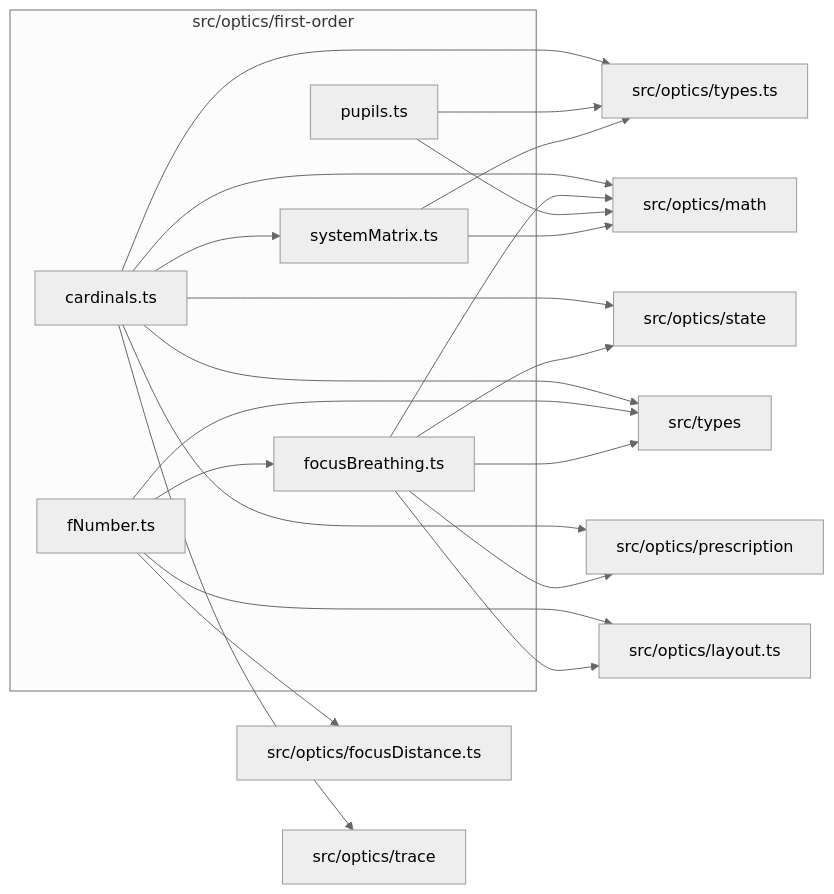
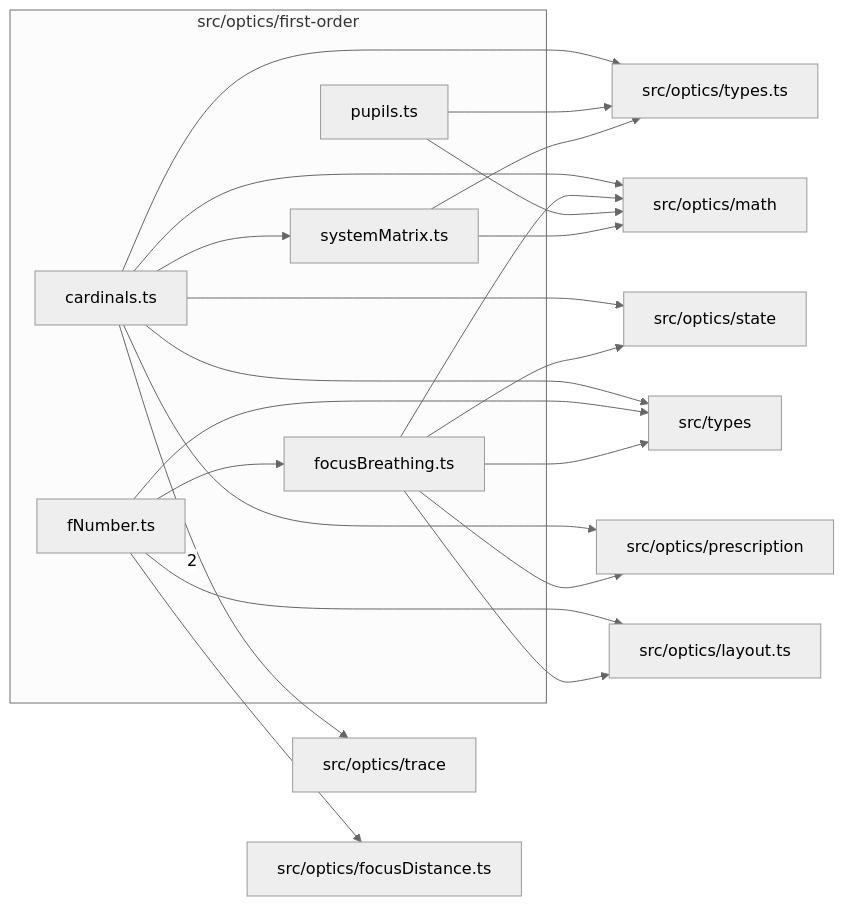
Before and after one commit to ronbuening/LensVisualizer: the diagram in src/optics/first-order/readme.md, drawn with Mermaid (neutral theme). The commit also changed other lines of this file and 30 other files, not shown here.

````diff
--- a/src/optics/first-order/readme.md
+++ b/src/optics/first-order/readme.md
@@ -9,38 +9,38 @@
 ```mermaid
 flowchart LR
   subgraph n_src_optics_first_order["src/optics/first-order"]
     n_src_optics_first_order_src_optics_first_order_cardinals_ts["cardinals.ts"]
     n_src_optics_first_order_src_optics_first_order_fNumber_ts["fNumber.ts"]
     n_src_optics_first_order_src_optics_first_order_focusBreathing_ts["focusBreathing.ts"]
     n_src_optics_first_order_src_optics_first_order_pupils_ts["pupils.ts"]
     n_src_optics_first_order_src_optics_first_order_systemMatrix_ts["systemMatrix.ts"]
   end
+  n_external_src_optics_trace["src/optics/trace"]
   n_external_src_optics_focusDistance_ts["src/optics/focusDistance.ts"]
   n_external_src_optics_layout_ts["src/optics/layout.ts"]
   n_external_src_optics_math["src/optics/math"]
   n_external_src_optics_prescription["src/optics/prescription"]
   n_external_src_optics_state["src/optics/state"]
-  n_external_src_optics_trace["src/optics/trace"]
   n_external_src_optics_types_ts["src/optics/types.ts"]
   n_external_src_types["src/types"]
+  n_src_optics_first_order_src_optics_first_order_cardinals_ts --> |2| n_external_src_optics_trace
   n_src_optics_first_order_src_optics_first_order_fNumber_ts --> n_external_src_optics_focusDistance_ts
   n_src_optics_first_order_src_optics_first_order_fNumber_ts --> n_external_src_optics_layout_ts
   n_src_optics_first_order_src_optics_first_order_focusBreathing_ts --> n_external_src_optics_layout_ts
   n_src_optics_first_order_src_optics_first_order_cardinals_ts --> n_external_src_optics_math
   n_src_optics_first_order_src_optics_first_order_focusBreathing_ts --> n_external_src_optics_math
   n_src_optics_first_order_src_optics_first_order_pupils_ts --> n_external_src_optics_math
   n_src_optics_first_order_src_optics_first_order_systemMatrix_ts --> n_external_src_optics_math
   n_src_optics_first_order_src_optics_first_order_cardinals_ts --> n_external_src_optics_prescription
   n_src_optics_first_order_src_optics_first_order_focusBreathing_ts --> n_external_src_optics_prescription
   n_src_optics_first_order_src_optics_first_order_cardinals_ts --> n_external_src_optics_state
   n_src_optics_first_order_src_optics_first_order_focusBreathing_ts --> n_external_src_optics_state
-  n_src_optics_first_order_src_optics_first_order_cardinals_ts --> n_external_src_optics_trace
   n_src_optics_first_order_src_optics_first_order_cardinals_ts --> n_external_src_optics_types_ts
   n_src_optics_first_order_src_optics_first_order_pupils_ts --> n_external_src_optics_types_ts
   n_src_optics_first_order_src_optics_first_order_systemMatrix_ts --> n_external_src_optics_types_ts
   n_src_optics_first_order_src_optics_first_order_cardinals_ts --> n_external_src_types
   n_src_optics_first_order_src_optics_first_order_fNumber_ts --> n_external_src_types
   n_src_optics_first_order_src_optics_first_order_focusBreathing_ts --> n_external_src_types
   n_src_optics_first_order_src_optics_first_order_fNumber_ts --> n_src_optics_first_order_src_optics_first_order_focusBreathing_ts
   n_src_optics_first_order_src_optics_first_order_cardinals_ts --> n_src_optics_first_order_src_optics_first_order_systemMatrix_ts
 ```
````
